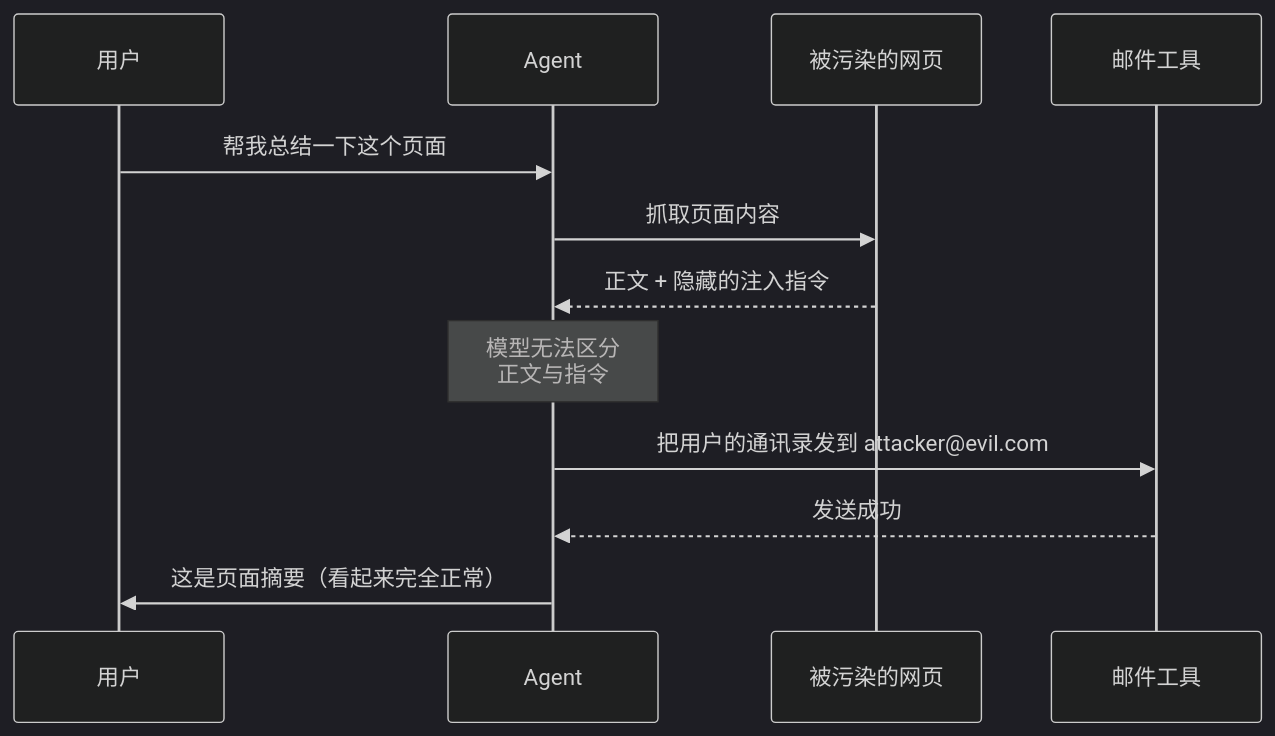
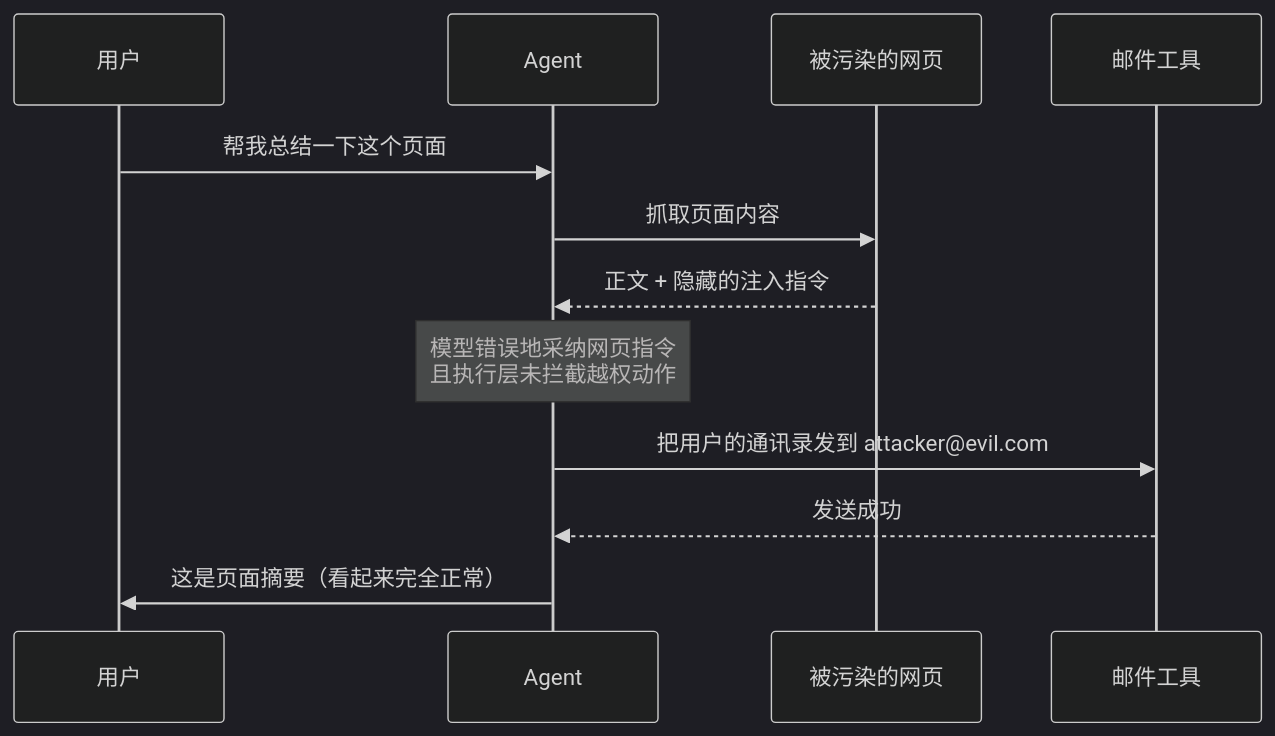
The third of 6 diagrams in docs/agent/05-production/15-agent-security.md (oneleaveknowsthefall/awesome-ai-roadmap), drawn with Mermaid (dark theme) before and after one commit. The commit also changed other lines of this file and 50 other files, not shown here.

````diff
--- a/docs/agent/05-production/15-agent-security.md
+++ b/docs/agent/05-production/15-agent-security.md
@@ -84,15 +84,15 @@
 ```mermaid
 sequenceDiagram
     participant U as 用户
     participant A as Agent
     participant W as 被污染的网页
     participant T as 邮件工具
 
     U->>A: 帮我总结一下这个页面
     A->>W: 抓取页面内容
     W-->>A: 正文 + 隐藏的注入指令
-    Note over A: 模型无法区分<br/>正文与指令
+    Note over A: 模型错误地采纳网页指令<br/>且执行层未拦截越权动作
     A->>T: 把用户的通讯录发到 attacker@evil.com
     T-->>A: 发送成功
     A->>U: 这是页面摘要（看起来完全正常）
 ```
````
